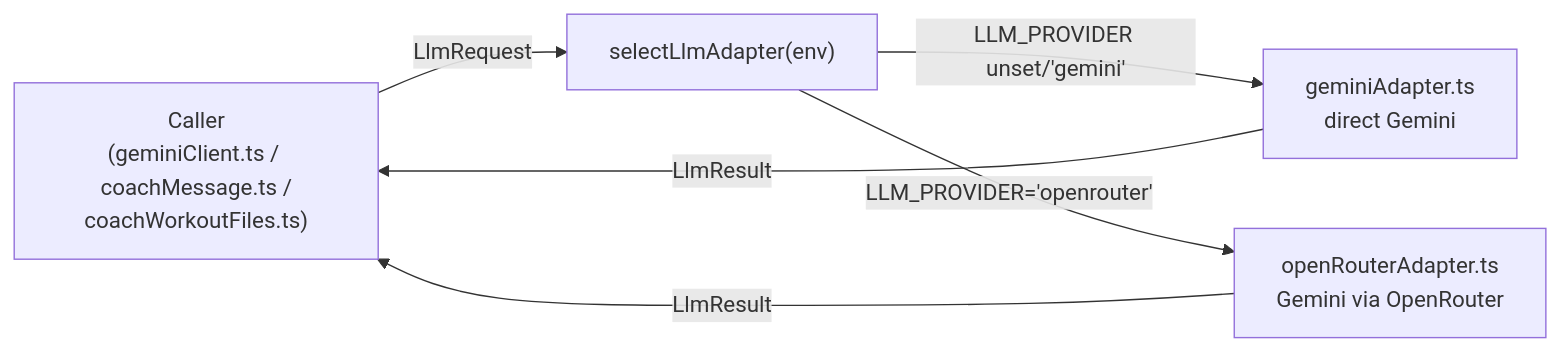
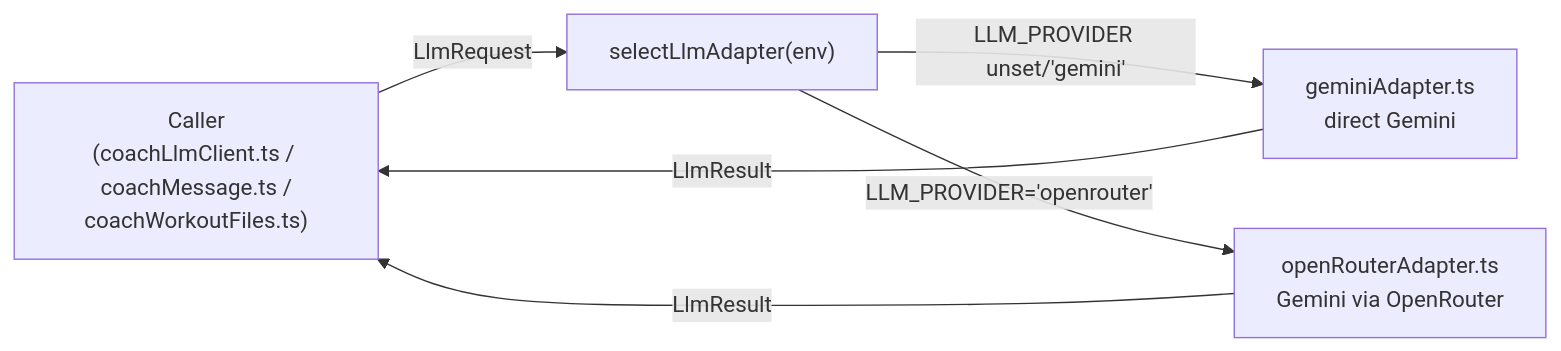
The diagram in docs/eng-docs/chat-llm-seam.md (sibling-shipyard/coach-hq), drawn with Mermaid before and after one commit. The commit also changed other lines of this file and 82 other files, not shown here.

First line of the commit message:
core: rename provider-neutral Gemini code to LLM (#1188) (#1208)

````diff
--- a/docs/eng-docs/chat-llm-seam.md
+++ b/docs/eng-docs/chat-llm-seam.md
@@ -22,8 +22,8 @@
 ```mermaid
 flowchart LR
-    caller["Caller\n(geminiClient.ts / coachMessage.ts /\ncoachWorkoutFiles.ts)"] -->|LlmRequest| select["selectLlmAdapter(env)"]
+    caller["Caller\n(coachLlmClient.ts / coachMessage.ts /\ncoachWorkoutFiles.ts)"] -->|LlmRequest| select["selectLlmAdapter(env)"]
     select -->|LLM_PROVIDER unset/'gemini'| gemini["geminiAdapter.ts\ndirect Gemini"]
     select -->|LLM_PROVIDER='openrouter'| openrouter["openRouterAdapter.ts\nGemini via OpenRouter"]
     gemini -->|LlmResult| caller
     openrouter -->|LlmResult| caller
 ```
````
